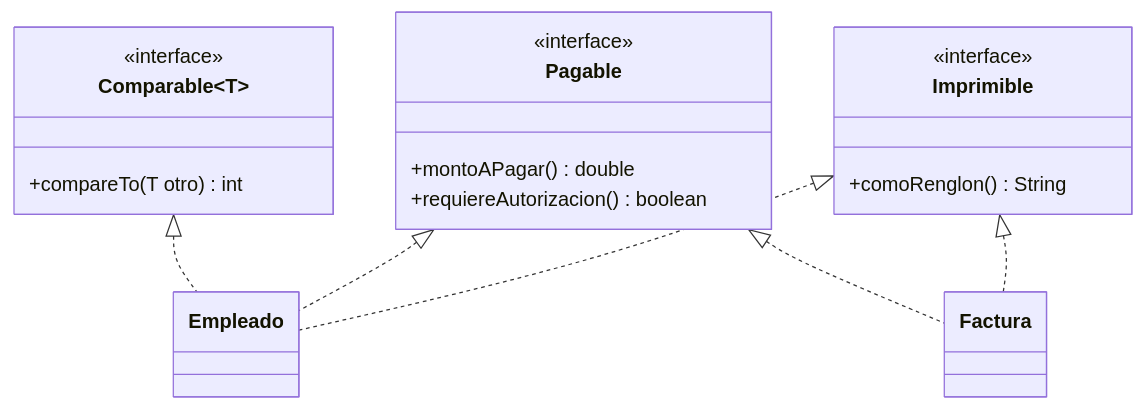
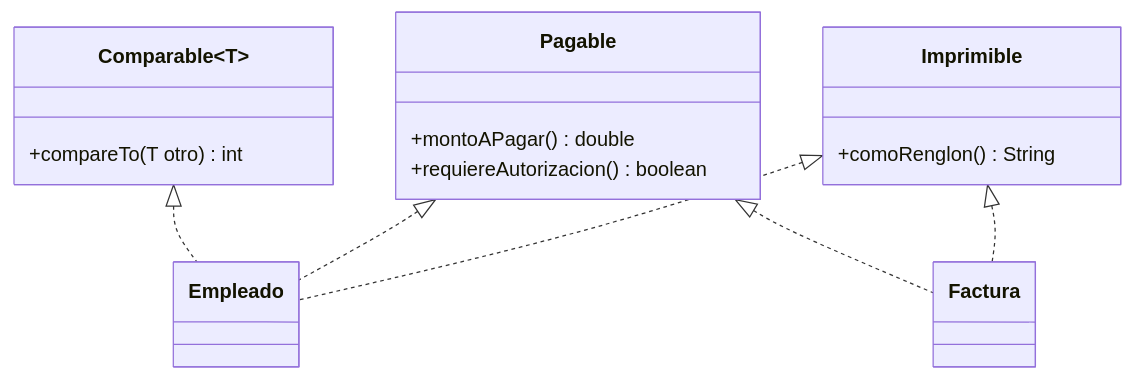
One commit to djaimej/computer-science-template changed the diagram in public/documents/semester-1/3/1355.md. Above: the diagram before and after it, drawn with Mermaid. The commit also changed 3 other files, not shown here.

Commit message:
[FIX]: mermaid <<>>

````diff
--- a/public/documents/semester-1/3/1355.md
+++ b/public/documents/semester-1/3/1355.md
@@ -67,21 +67,18 @@
 ```mermaid
 classDiagram
   class Imprimible {
-    <<interface>>
     +comoRenglon() String
   }
   class Pagable {
-    <<interface>>
     +montoAPagar() double
     +requiereAutorizacion() boolean
   }
   class Comparable~T~ {
-    <<interface>>
     +compareTo(T otro) int
   }
   Imprimible <|.. Empleado
   Pagable <|.. Empleado
   Comparable <|.. Empleado
   Imprimible <|.. Factura
   Pagable <|.. Factura
 ```
````
